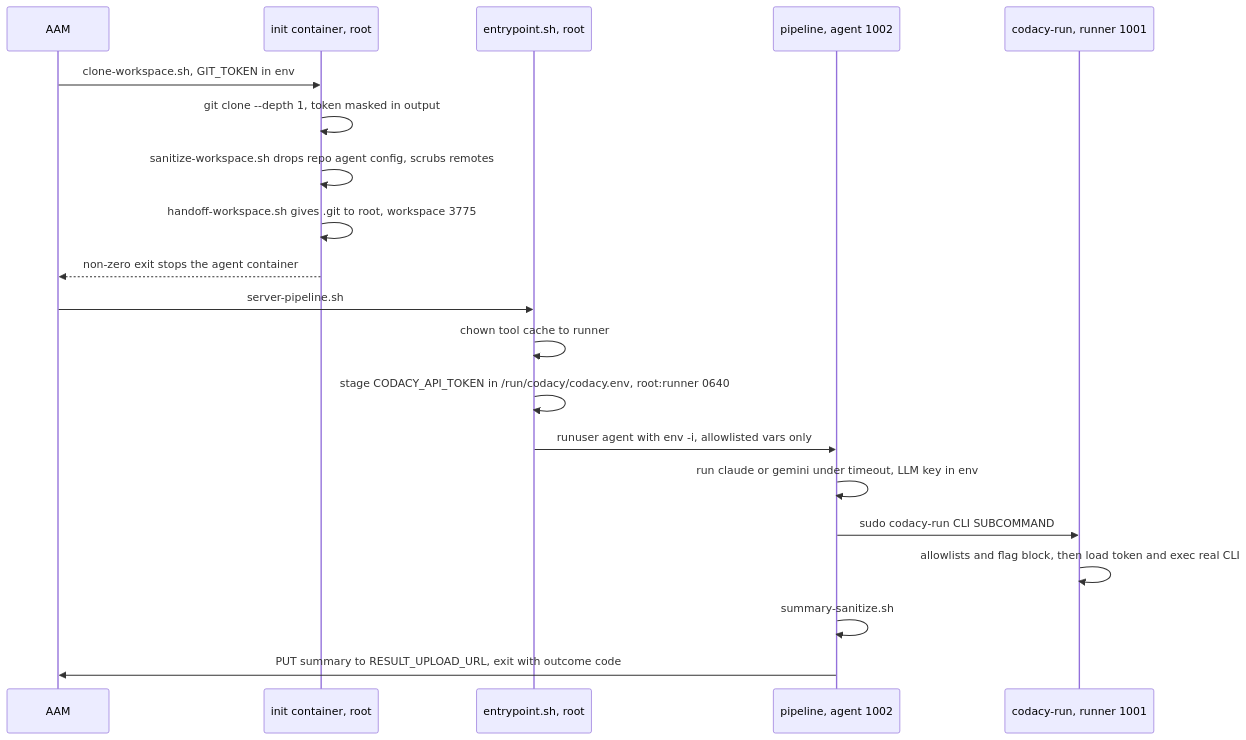
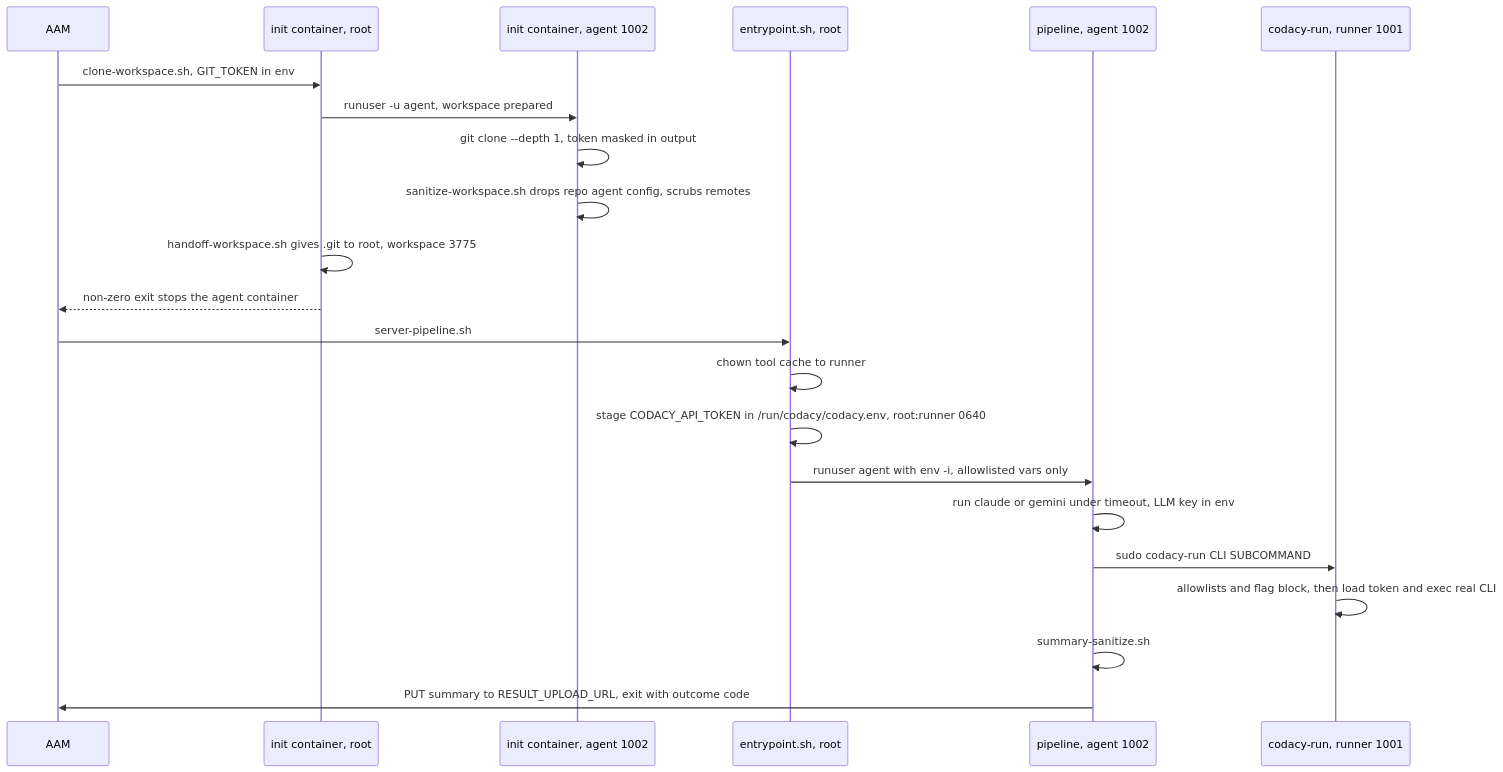
One commit to codacy/autoconfig-setup-container changed the second of 2 diagrams in docs/hardening-overview.md. Above: the diagram before and after it, drawn with Mermaid. The commit also changed other lines of this file and 1 other file, not shown here.

Commit message:
OD-370: document the clone-path privilege drop and the bind-mount uid adoption

````diff
--- a/docs/hardening-overview.md
+++ b/docs/hardening-overview.md
@@ -282,22 +290,24 @@
 ```mermaid
 sequenceDiagram
   participant AAM
   participant Init as init container, root
+  participant InitA as init container, agent 1002
   participant Entry as entrypoint.sh, root
   participant Agent as pipeline, agent 1002
   participant Runner as codacy-run, runner 1001
   AAM->>Init: clone-workspace.sh, GIT_TOKEN in env
-  Init->>Init: git clone --depth 1, token masked in output
-  Init->>Init: sanitize-workspace.sh drops repo agent config, scrubs remotes
+  Init->>InitA: runuser -u agent, workspace prepared
+  InitA->>InitA: git clone --depth 1, token masked in output
+  InitA->>InitA: sanitize-workspace.sh drops repo agent config, scrubs remotes
   Init->>Init: handoff-workspace.sh gives .git to root, workspace 3775
   Init-->>AAM: non-zero exit stops the agent container
   AAM->>Entry: server-pipeline.sh
   Entry->>Entry: chown tool cache to runner
   Entry->>Entry: stage CODACY_API_TOKEN in /run/codacy/codacy.env, root:runner 0640
   Entry->>Agent: runuser agent with env -i, allowlisted vars only
   Agent->>Agent: run claude or gemini under timeout, LLM key in env
   Agent->>Runner: sudo codacy-run CLI SUBCOMMAND
   Runner->>Runner: allowlists and flag block, then load token and exec real CLI
   Agent->>Agent: summary-sanitize.sh
   Agent->>AAM: PUT summary to RESULT_UPLOAD_URL, exit with outcome code
 ```
````
